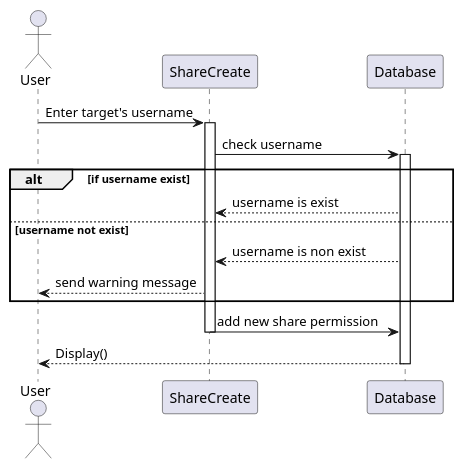
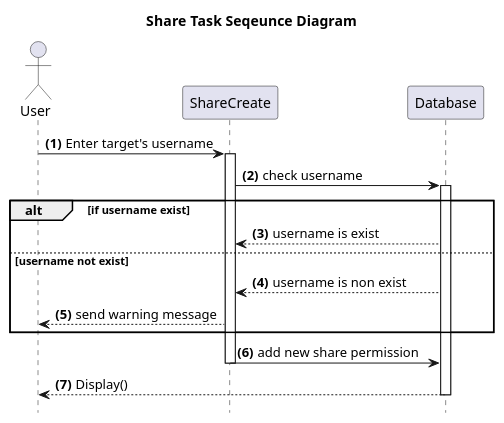
One commit to Kritsanawipankhet/CE64-41 changed the diagram in documents/diagrams/src/web-client/sharecreate.wsd. Above: the diagram before and after it, drawn with PlantUML. The commit also changed 11 other files, not shown here.

Commit message:
hide footbox

```diff
--- a/documents/diagrams/src/web-client/sharecreate.wsd
+++ b/documents/diagrams/src/web-client/sharecreate.wsd
@@ -1,17 +1,20 @@
 @startuml
+title **Share Task** Seqeunce Diagram
+hide footbox
 Actor User
+autonumber "<b>(0)"
 User -> ShareCreate : Enter target's username
 activate ShareCreate
 ShareCreate -> Database : check username
 activate Database
 alt if username exist
 Database --> ShareCreate  : username is exist
 else username not exist
 Database --> ShareCreate  : username is non exist
 ShareCreate  --> User : send warning message
 end
 ShareCreate -> Database : add new share permission
 deactivate ShareCreate
 Database --> User : Display()
 deactivate Database
 @enduml
```
